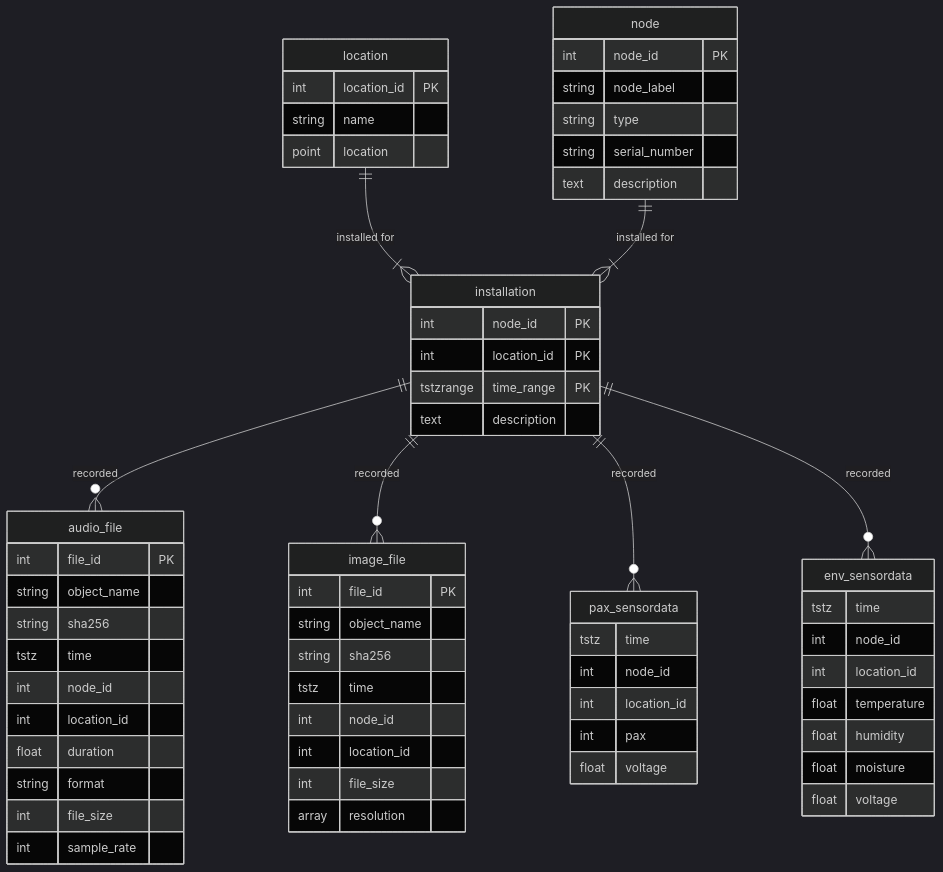
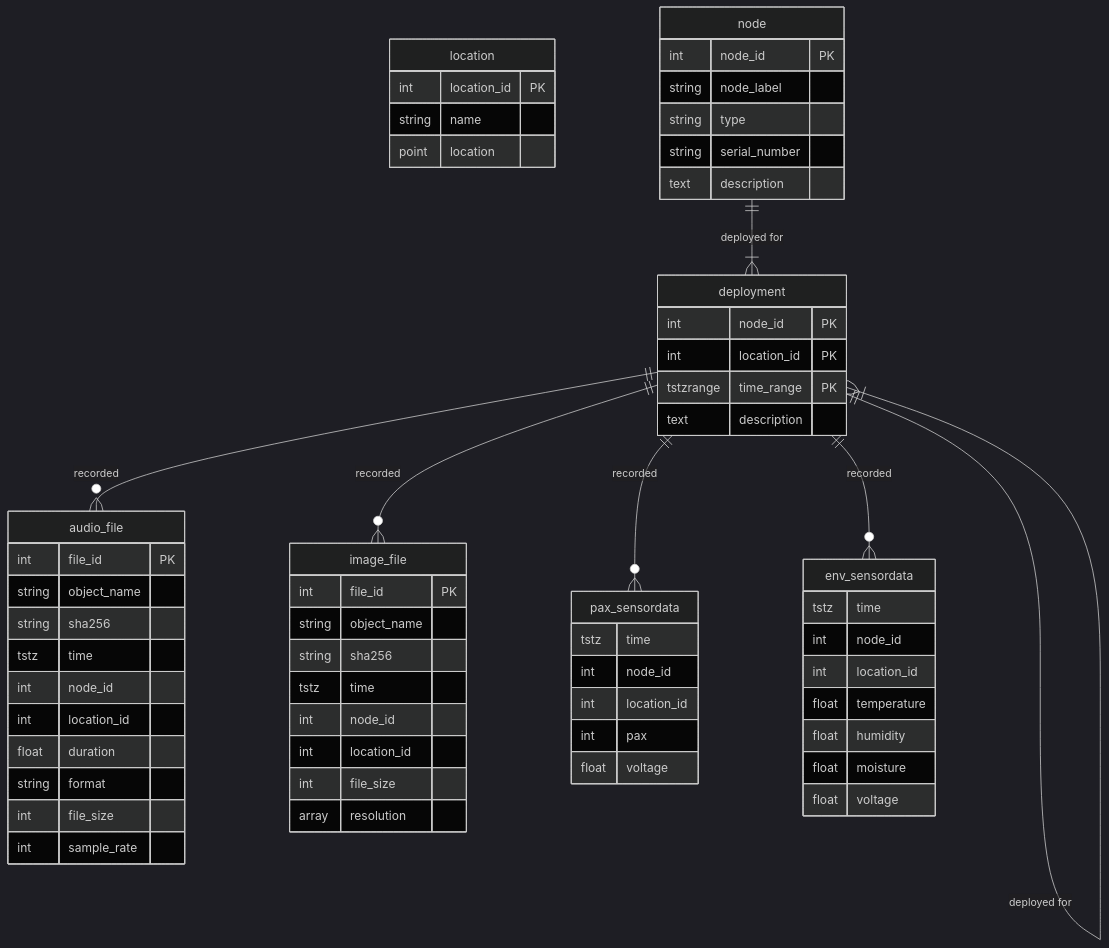
The diagram in schema/NOTES.md (mitwelten/mitwelten-db-backend), drawn with Mermaid (dark theme) before and after one commit. The commit also changed other lines of this file, not shown here.

Commit message:
Rename installation to deployment

````diff
--- a/schema/NOTES.md
+++ b/schema/NOTES.md
@@ -159,66 +159,66 @@
 ```mermaid
 erDiagram
     location {
       int location_id PK
       string name
       point location
     }
     node {
       int node_id PK
       string node_label
       string type
       string serial_number
       text description
     }
-    location ||--|{ installation : "installed for"
-    node     ||--|{ installation : "installed for"
-    installation {
+    deployment ||--|{ deployment : "deployed for"
+    node     ||--|{ deployment : "deployed for"
+    deployment {
       int node_id PK
       int location_id PK
       tstzrange time_range PK
       text description
     }
-    installation ||--o{ audio_file : "recorded"
-    installation ||--o{ image_file : "recorded"
-    installation ||--o{ pax_sensordata : "recorded"
-    installation ||--o{ env_sensordata : "recorded"
+    deployment ||--o{ audio_file : "recorded"
+    deployment ||--o{ image_file : "recorded"
+    deployment ||--o{ pax_sensordata : "recorded"
+    deployment ||--o{ env_sensordata : "recorded"
     image_file {
       int file_id PK
       string object_name
       string sha256
       tstz time
       int node_id
       int location_id
       int file_size
       array resolution
     }
     audio_file {
       int file_id PK
       string object_name
       string sha256
       tstz time
       int node_id
       int location_id
       float duration
       string format
       int file_size
       int sample_rate
     }
     pax_sensordata {
       tstz time
       int node_id
       int location_id
       int pax
       float voltage
     }
     env_sensordata {
       tstz time
       int node_id
       int location_id
       float temperature
       float humidity
       float moisture
       float voltage
     }
 
 ```
````
